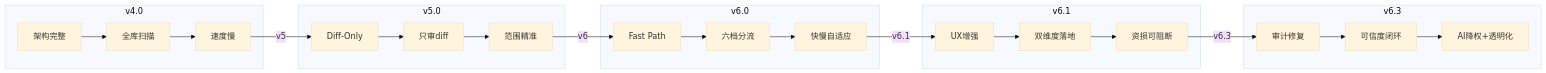
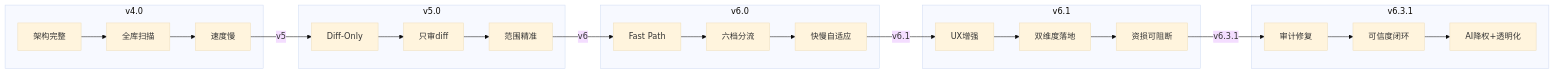
The third of 3 diagrams in BENCHMARK.md (Rlkka2/Hermes-Fullstack-review-skill), drawn with Mermaid (base theme) before and after one commit. The commit also changed other lines of this file and 5 other files, not shown here.

````diff
--- a/BENCHMARK.md
+++ b/BENCHMARK.md
@@ -48,27 +48,27 @@
 ```mermaid
 graph LR
     subgraph v4.0
         A1[架构完整] --> A2[全库扫描]
         A2 --> A3[速度慢]
     end
     subgraph v5.0
         B1[Diff-Only] --> B2[只审diff]
         B2 --> B3[范围精准]
     end
     subgraph v6.0
         C1[Fast Path] --> C2[六档分流]
         C2 --> C3[快慢自适应]
     end
     subgraph v6.1
         D1[UX增强] --> D2[双维度落地]
         D2 --> D3[资损可阻断]
     end
-    subgraph v6.3
+    subgraph v6.3.1
         E1[审计修复] --> E2[可信度闭环]
         E2 --> E3[AI降权+透明化]
     end
     A3 -->|v5| B1
     B3 -->|v6| C1
     C3 -->|v6.1| D1
-    D3 -->|v6.3| E1
+    D3 -->|v6.3.1| E1
 ```
````
